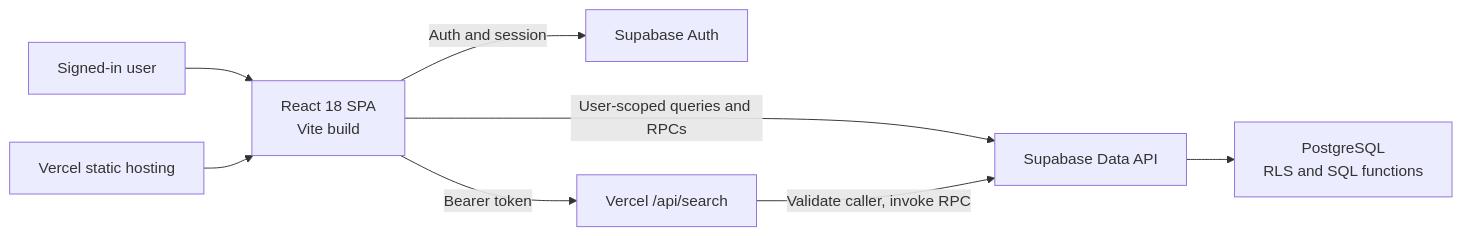
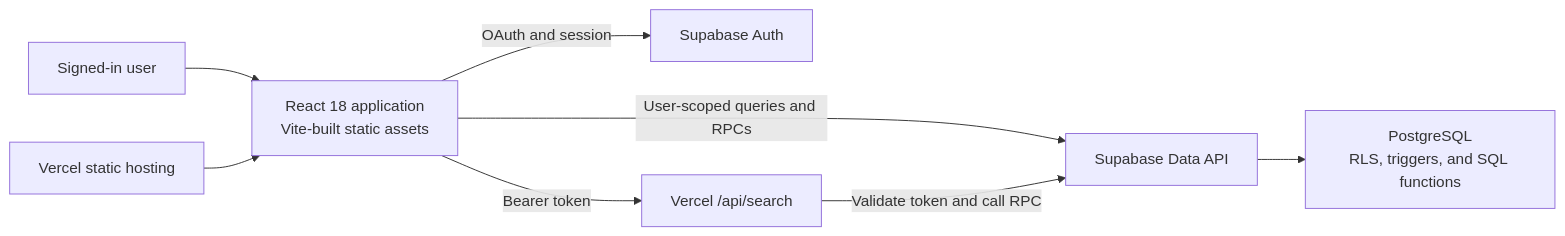
The diagram in docs/architecture.md (rehnx95/Momentum), drawn with Mermaid before and after one commit. The commit also changed other lines of this file and 1 other file, not shown here.

Commit message:
update readme and architecture

````diff
--- a/docs/architecture.md
+++ b/docs/architecture.md
@@ -10,11 +14,11 @@
 ```mermaid
 flowchart LR
-  person[Signed-in user] --> browser
-  browser["React 18 SPA<br/>Vite build"]
-  browser -->|Auth and session| auth["Supabase Auth"]
+  user[Signed-in user] --> browser
+  browser["React 18 application<br/>Vite-built static assets"]
+  browser -->|OAuth and session| auth["Supabase Auth"]
   browser -->|User-scoped queries and RPCs| data["Supabase Data API"]
+  data --> db["PostgreSQL<br/>RLS, triggers, and SQL functions"]
   browser -->|Bearer token| search["Vercel /api/search"]
-  search -->|Validate caller, invoke RPC| data
-  data --> db["PostgreSQL<br/>RLS and SQL functions"]
+  search -->|Validate token and call RPC| data
   hosting["Vercel static hosting"] --> browser
 ```
````
